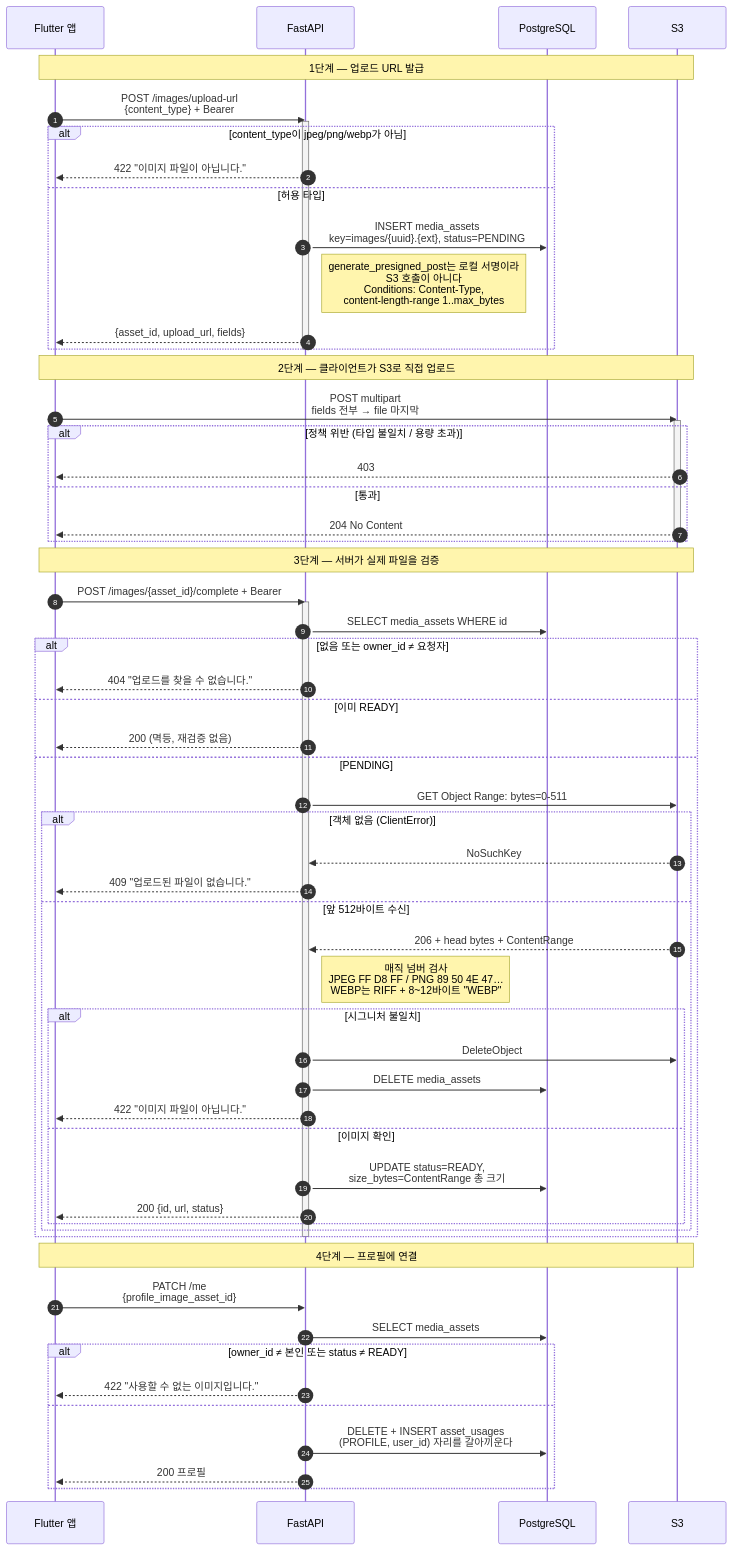
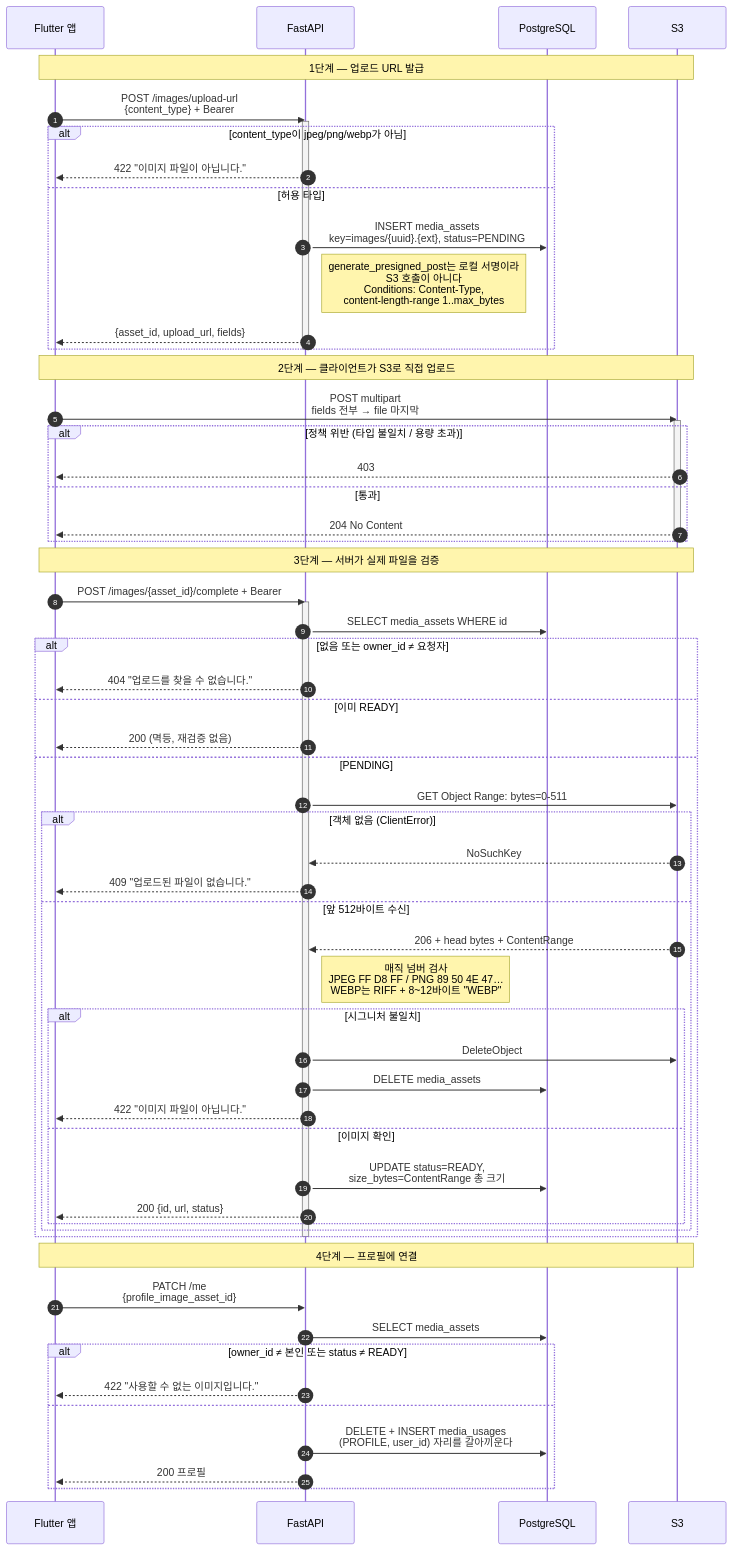
Before and after one commit to mogacko/mogakco-api: the first of 2 diagrams in docs/complete/profile-media-and-keywords.md, drawn with Mermaid. The commit also changed other lines of this file and 10 other files, not shown here.

First line of the commit message:
refactor(images): rename asset_usages table to media_usages

````diff
--- a/docs/complete/profile-media-and-keywords.md
+++ b/docs/complete/profile-media-and-keywords.md
@@ -42,72 +44,72 @@
 ```mermaid
 sequenceDiagram
     autonumber
     participant App as Flutter 앱
     participant API as FastAPI
     participant DB as PostgreSQL
     participant S3
 
     Note over App,S3: 1단계 — 업로드 URL 발급
 
     App->>API: POST /images/upload-url<br/>{content_type} + Bearer
     activate API
     alt content_type이 jpeg/png/webp가 아님
         API-->>App: 422 "이미지 파일이 아닙니다."
     else 허용 타입
         API->>DB: INSERT media_assets<br/>key=images/{uuid}.{ext}, status=PENDING
         Note right of API: generate_presigned_post는 로컬 서명이라<br/>S3 호출이 아니다<br/>Conditions: Content-Type,<br/>content-length-range 1..max_bytes
         API-->>App: {asset_id, upload_url, fields}
     end
     deactivate API
 
     Note over App,S3: 2단계 — 클라이언트가 S3로 직접 업로드
 
     App->>S3: POST multipart<br/>fields 전부 → file 마지막
     activate S3
     alt 정책 위반 (타입 불일치 / 용량 초과)
         S3-->>App: 403
     else 통과
         S3-->>App: 204 No Content
     end
     deactivate S3
 
     Note over App,S3: 3단계 — 서버가 실제 파일을 검증
 
     App->>API: POST /images/{asset_id}/complete + Bearer
     activate API
     API->>DB: SELECT media_assets WHERE id
     alt 없음 또는 owner_id ≠ 요청자
         API-->>App: 404 "업로드를 찾을 수 없습니다."
     else 이미 READY
         API-->>App: 200 (멱등, 재검증 없음)
     else PENDING
         API->>S3: GET Object Range: bytes=0-511
         alt 객체 없음 (ClientError)
             S3-->>API: NoSuchKey
             API-->>App: 409 "업로드된 파일이 없습니다."
         else 앞 512바이트 수신
             S3-->>API: 206 + head bytes + ContentRange
             Note right of API: 매직 넘버 검사<br/>JPEG FF D8 FF / PNG 89 50 4E 47…<br/>WEBP는 RIFF + 8~12바이트 "WEBP"
             alt 시그니처 불일치
                 API->>S3: DeleteObject
                 API->>DB: DELETE media_assets
                 API-->>App: 422 "이미지 파일이 아닙니다."
             else 이미지 확인
                 API->>DB: UPDATE status=READY,<br/>size_bytes=ContentRange 총 크기
                 API-->>App: 200 {id, url, status}
             end
         end
     end
     deactivate API
 
     Note over App,S3: 4단계 — 프로필에 연결
 
     App->>API: PATCH /me<br/>{profile_image_asset_id}
     API->>DB: SELECT media_assets
     alt owner_id ≠ 본인 또는 status ≠ READY
         API-->>App: 422 "사용할 수 없는 이미지입니다."
     else
-        API->>DB: DELETE + INSERT asset_usages<br/>(PROFILE, user_id) 자리를 갈아끼운다
+        API->>DB: DELETE + INSERT media_usages<br/>(PROFILE, user_id) 자리를 갈아끼운다
         API-->>App: 200 프로필
     end
 ```
````
